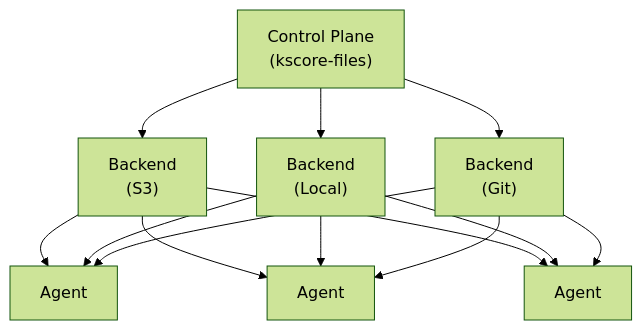
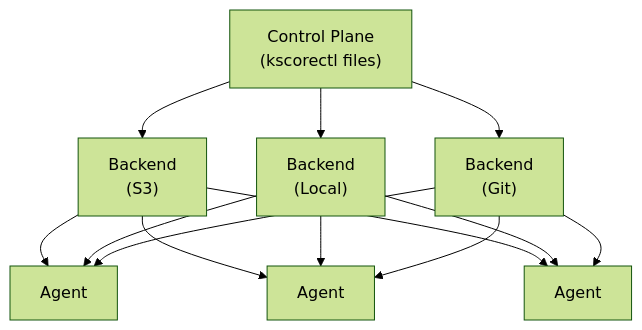
Before and after one commit to Spicer-Creek-Solutions-LLC/keystone-core: the diagram in docs/content/en/docs/concepts/file-distribution.md, drawn with Mermaid (forest theme). The commit also changed other lines of this file and 79 other files, not shown here.

````diff
--- a/docs/content/en/docs/concepts/file-distribution.md
+++ b/docs/content/en/docs/concepts/file-distribution.md
@@ -25,12 +25,12 @@
 ```mermaid
 flowchart TB
-    CP["Control Plane<br>(kscore-files)"]
+    CP["Control Plane<br>(kscorectl files)"]
 
     CP --> S3["Backend<br>(S3)"]
     CP --> Local["Backend<br>(Local)"]
     CP --> Git["Backend<br>(Git)"]
 
     S3 & Local & Git --> A1["Agent"]
     S3 & Local & Git --> A2["Agent"]
     S3 & Local & Git --> A3["Agent"]
 ```
````
